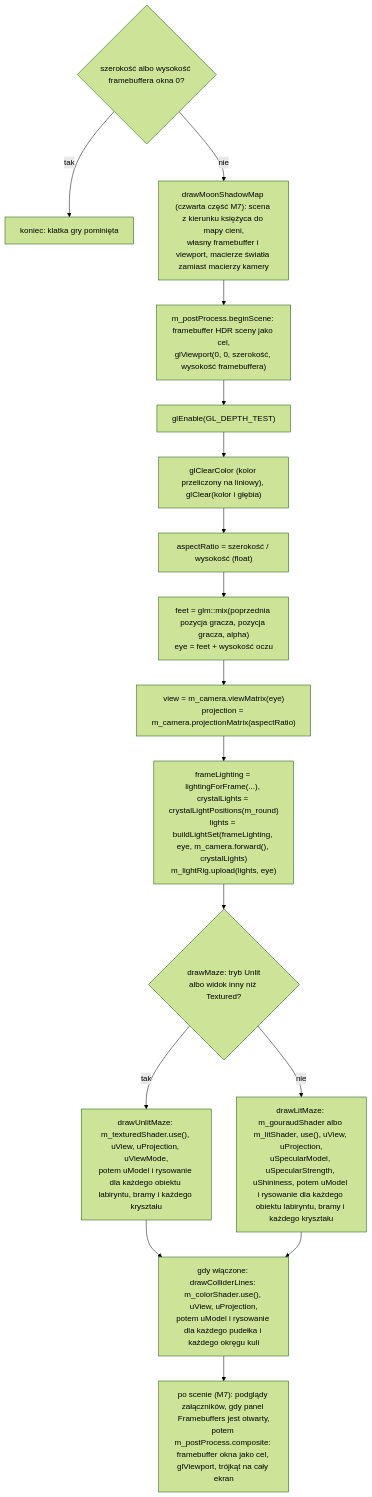
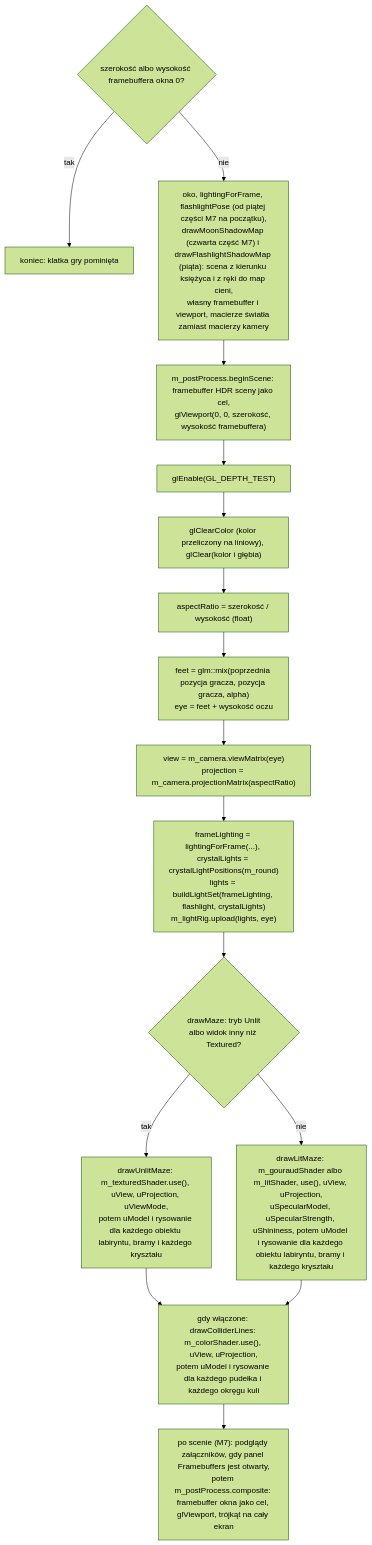
The diagram in docs/modules/scene/camera.md (Shironex/night-maze), drawn with Mermaid (forest theme) before and after one commit. The commit also changed other lines of this file and 68 other files, not shown here.

Commit message:
feat(game): cast flashlight shadows from the hand with a perspective shadow map

````diff
--- a/docs/modules/scene/camera.md
+++ b/docs/modules/scene/camera.md
@@ -251,19 +251,19 @@
 ```mermaid
 flowchart TD
     D{"szerokość albo wysokość framebuffera okna 0?"}
     D -- tak --> End["koniec: klatka gry pominięta"]
-    D -- nie --> SH["drawMoonShadowMap (czwarta część M7): scena z kierunku księżyca do mapy cieni,<br/>własny framebuffer i viewport, macierze światła zamiast macierzy kamery"]
+    D -- nie --> SH["oko, lightingForFrame, flashlightPose (od piątej części M7 na początku),<br/>drawMoonShadowMap (czwarta część M7) i drawFlashlightShadowMap (piąta): scena z kierunku księżyca i z ręki do map cieni,<br/>własny framebuffer i viewport, macierze światła zamiast macierzy kamery"]
     SH --> A["m_postProcess.beginScene: framebuffer HDR sceny jako cel,<br/>glViewport(0, 0, szerokość, wysokość framebuffera)"]
     A --> B["glEnable(GL_DEPTH_TEST)"]
     B --> C["glClearColor (kolor przeliczony na liniowy), glClear(kolor i głębia)"]
     C --> E["aspectRatio = szerokość / wysokość (float)"]
     E --> X["feet = glm::mix(poprzednia pozycja gracza, pozycja gracza, alpha)<br/>eye = feet + wysokość oczu"]
     X --> V["view = m_camera.viewMatrix(eye)<br/>projection = m_camera.projectionMatrix(aspectRatio)"]
-    V --> LS["frameLighting = lightingForFrame(...), crystalLights = crystalLightPositions(m_round)<br/>lights = buildLightSet(frameLighting, eye, m_camera.forward(), crystalLights)<br/>m_lightRig.upload(lights, eye)"]
+    V --> LS["frameLighting = lightingForFrame(...), crystalLights = crystalLightPositions(m_round)<br/>lights = buildLightSet(frameLighting, flashlight, crystalLights)<br/>m_lightRig.upload(lights, eye)"]
     LS --> M{"drawMaze: tryb Unlit<br/>albo widok inny niż Textured?"}
     M -- tak --> MU["drawUnlitMaze: m_texturedShader.use(), uView, uProjection, uViewMode,<br/>potem uModel i rysowanie dla każdego obiektu labiryntu, bramy i każdego kryształu"]
     M -- nie --> ML["drawLitMaze: m_gouraudShader albo m_litShader, use(), uView, uProjection,<br/>uSpecularModel, uSpecularStrength, uShininess, potem uModel i rysowanie dla każdego obiektu labiryntu, bramy i każdego kryształu"]
     MU --> L["gdy włączone: drawColliderLines: m_colorShader.use(), uView, uProjection,<br/>potem uModel i rysowanie dla każdego pudełka i każdego okręgu kuli"]
     ML --> L
     L --> P["po scenie (M7): podglądy załączników, gdy panel Framebuffers jest otwarty,<br/>potem m_postProcess.composite: framebuffer okna jako cel, glViewport, trójkąt na cały ekran"]
 ```
````
